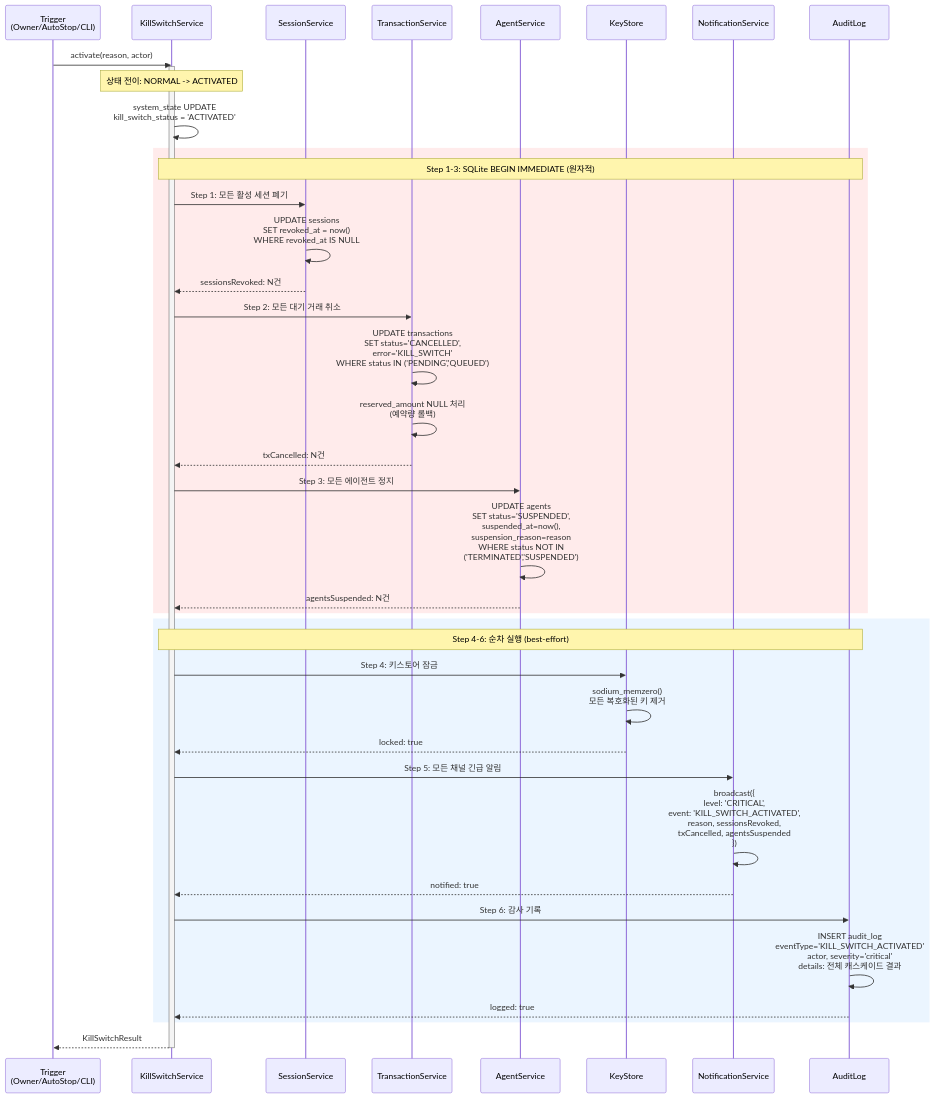
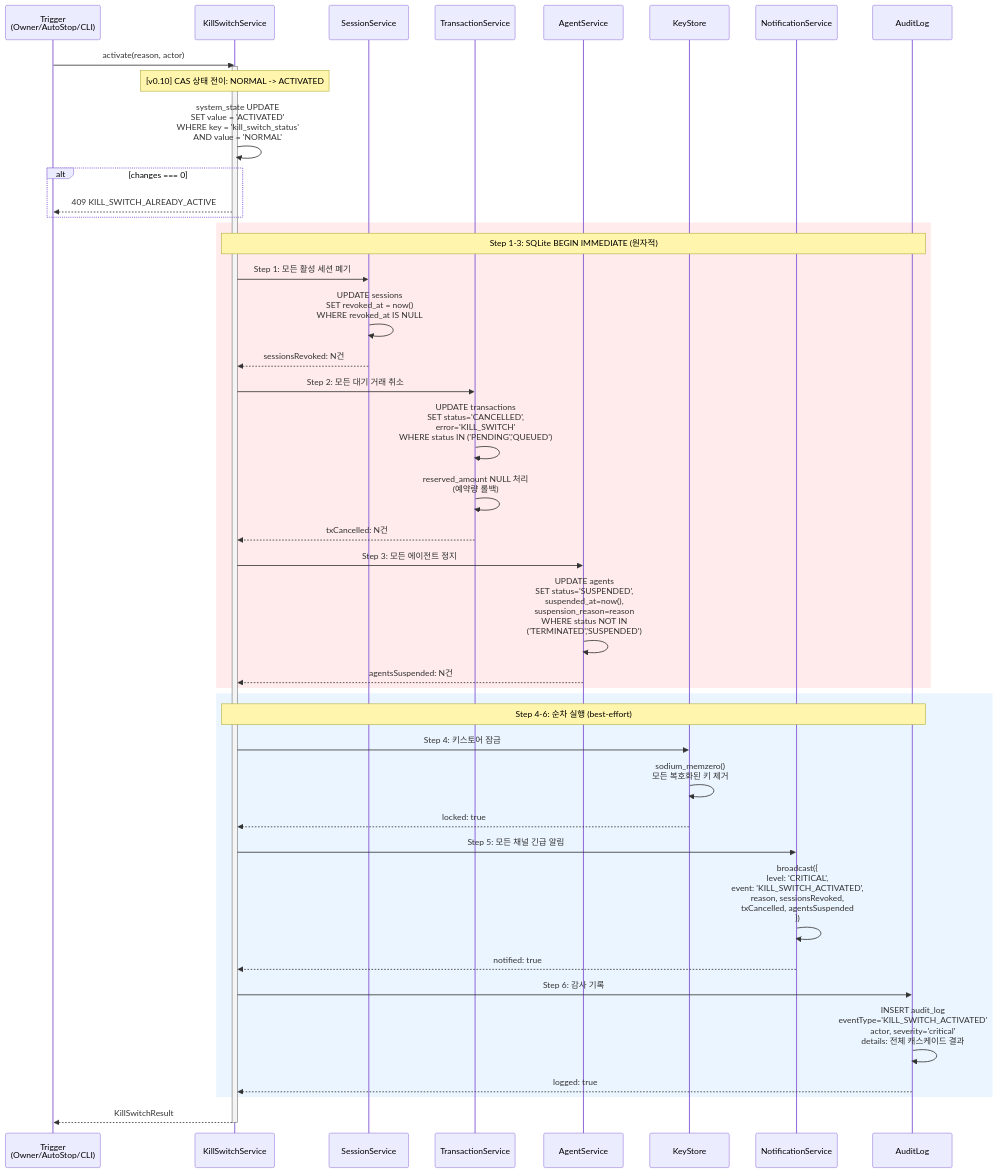
The second of 4 diagrams in .planning/deliverables/36-killswitch-autostop-evm.md (minhoyoo-iotrust/WAIaaS), drawn with Mermaid before and after one commit. The commit also changed other lines of this file and 12 other files, not shown here.

````diff
--- a/.planning/deliverables/36-killswitch-autostop-evm.md
+++ b/.planning/deliverables/36-killswitch-autostop-evm.md
@@ -253,53 +254,56 @@
 ```mermaid
 sequenceDiagram
     participant Trigger as Trigger<br/>(Owner/AutoStop/CLI)
     participant KS as KillSwitchService
     participant Sess as SessionService
     participant Tx as TransactionService
     participant Agent as AgentService
     participant Key as KeyStore
     participant Noti as NotificationService
     participant Audit as AuditLog
 
     Trigger->>KS: activate(reason, actor)
     activate KS
 
-    Note over KS: 상태 전이: NORMAL -> ACTIVATED
-    KS->>KS: system_state UPDATE<br/>kill_switch_status = 'ACTIVATED'
+    Note over KS: [v0.10] CAS 상태 전이: NORMAL -> ACTIVATED
+    KS->>KS: system_state UPDATE<br/>SET value = 'ACTIVATED'<br/>WHERE key = 'kill_switch_status'<br/>AND value = 'NORMAL'
+    alt changes === 0
+        KS-->>Trigger: 409 KILL_SWITCH_ALREADY_ACTIVE
+    end
 
     rect rgb(255, 235, 235)
         Note over KS,Audit: Step 1-3: SQLite BEGIN IMMEDIATE (원자적)
 
         KS->>Sess: Step 1: 모든 활성 세션 폐기
         Sess->>Sess: UPDATE sessions<br/>SET revoked_at = now()<br/>WHERE revoked_at IS NULL
         Sess-->>KS: sessionsRevoked: N건
 
         KS->>Tx: Step 2: 모든 대기 거래 취소
         Tx->>Tx: UPDATE transactions<br/>SET status='CANCELLED',<br/>error='KILL_SWITCH'<br/>WHERE status IN ('PENDING','QUEUED')
         Tx->>Tx: reserved_amount NULL 처리<br/>(예약량 롤백)
         Tx-->>KS: txCancelled: N건
 
         KS->>Agent: Step 3: 모든 에이전트 정지
         Agent->>Agent: UPDATE agents<br/>SET status='SUSPENDED',<br/>suspended_at=now(),<br/>suspension_reason=reason<br/>WHERE status NOT IN<br/>('TERMINATED','SUSPENDED')
         Agent-->>KS: agentsSuspended: N건
     end
 
     rect rgb(235, 245, 255)
         Note over KS,Audit: Step 4-6: 순차 실행 (best-effort)
 
         KS->>Key: Step 4: 키스토어 잠금
         Key->>Key: sodium_memzero()<br/>모든 복호화된 키 제거
         Key-->>KS: locked: true
 
         KS->>Noti: Step 5: 모든 채널 긴급 알림
         Noti->>Noti: broadcast({<br/>  level: 'CRITICAL',<br/>  event: 'KILL_SWITCH_ACTIVATED',<br/>  reason, sessionsRevoked,<br/>  txCancelled, agentsSuspended<br/>})
         Noti-->>KS: notified: true
 
         KS->>Audit: Step 6: 감사 기록
         Audit->>Audit: INSERT audit_log<br/>eventType='KILL_SWITCH_ACTIVATED'<br/>actor, severity='critical'<br/>details: 전체 캐스케이드 결과
         Audit-->>KS: logged: true
     end
 
     KS-->>Trigger: KillSwitchResult
     deactivate KS
 ```
````
